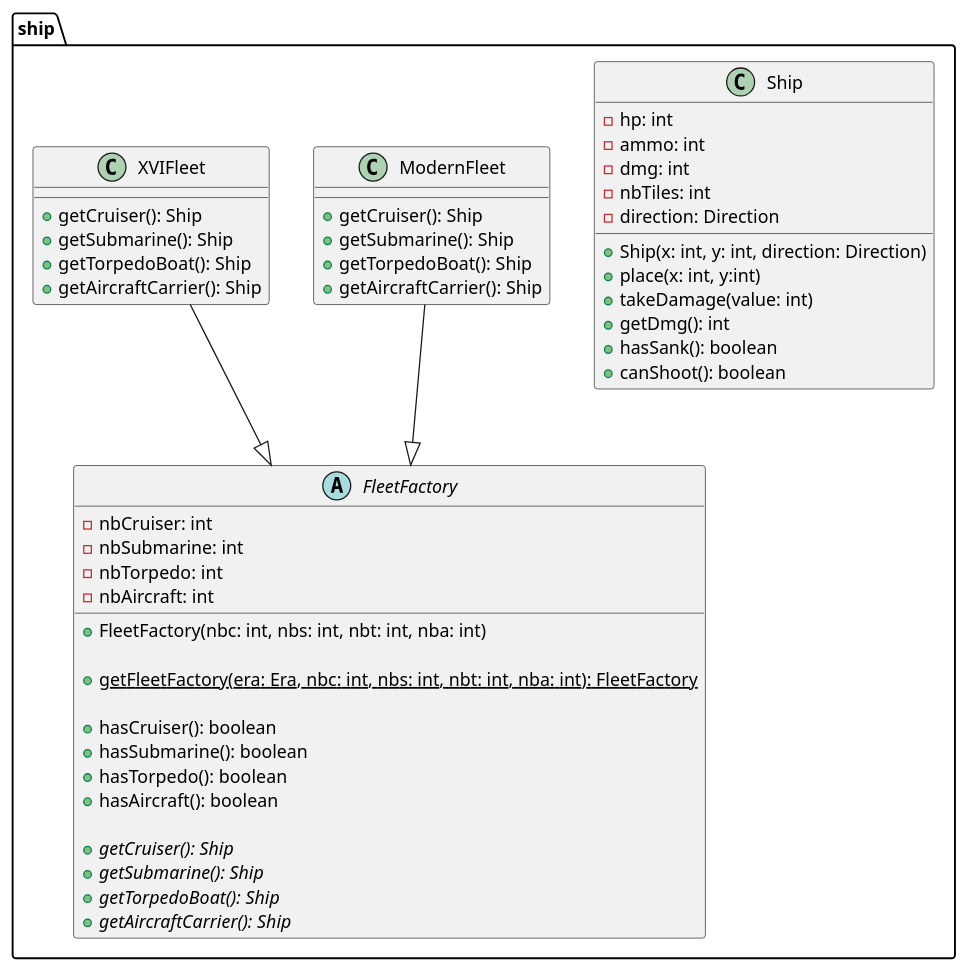
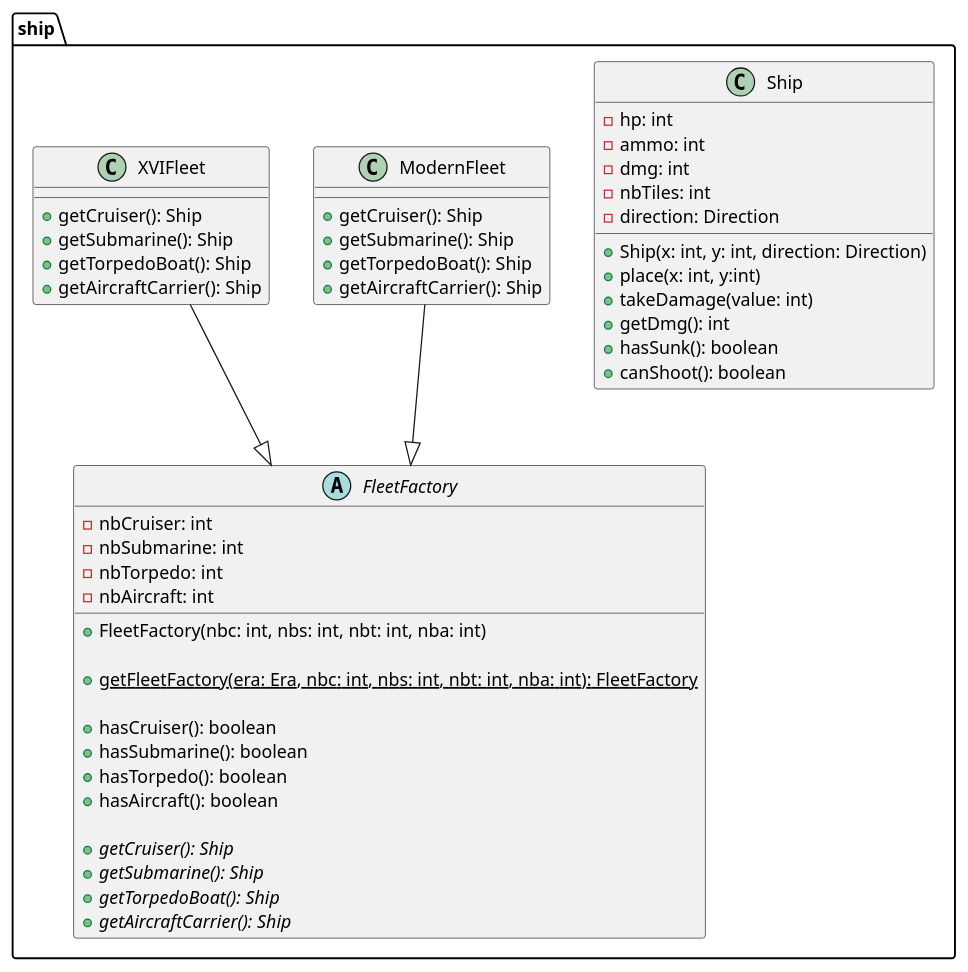
One commit to Reynault/ShipShop changed the diagram in doc/conception/pmul/class/bateau.puml. Above: the diagram before and after it, drawn with PlantUML. The commit also changed 4 other files, not shown here.

Commit message:
Update diagrams.

```diff
--- a/doc/conception/pmul/class/bateau.puml
+++ b/doc/conception/pmul/class/bateau.puml
@@ -1,59 +1,59 @@
 @startuml
 
 package ship{
 
     class Ship{
         - hp: int
         - ammo: int
         - dmg: int
         - nbTiles: int
         - direction: Direction
         + Ship(x: int, y: int, direction: Direction)
         + place(x: int, y:int)
         + takeDamage(value: int)
         + getDmg(): int
-        + hasSank(): boolean
+        + hasSunk(): boolean
         + canShoot(): boolean
     }
 
 
     abstract FleetFactory{
         - nbCruiser: int
         - nbSubmarine: int
         - nbTorpedo: int
         - nbAircraft: int
         + FleetFactory(nbc: int, nbs: int, nbt: int, nba: int)
 
         + {static} getFleetFactory(era: Era, nbc: int, nbs: int, nbt: int, nba: int): FleetFactory
 
         + hasCruiser(): boolean
         + hasSubmarine(): boolean
         + hasTorpedo(): boolean
         + hasAircraft(): boolean
 
         + {abstract} getCruiser(): Ship
         + {abstract} getSubmarine(): Ship
         + {abstract} getTorpedoBoat(): Ship
         + {abstract} getAircraftCarrier(): Ship
     }
 
     class ModernFleet{
         + getCruiser(): Ship
         + getSubmarine(): Ship
         + getTorpedoBoat(): Ship
         + getAircraftCarrier(): Ship
     }
 
     class XVIFleet{
         + getCruiser(): Ship
         + getSubmarine(): Ship
         + getTorpedoBoat(): Ship
         + getAircraftCarrier(): Ship
     }
 
     ModernFleet --|> FleetFactory
     XVIFleet --|> FleetFactory
 
 }
 
 @enduml
```
